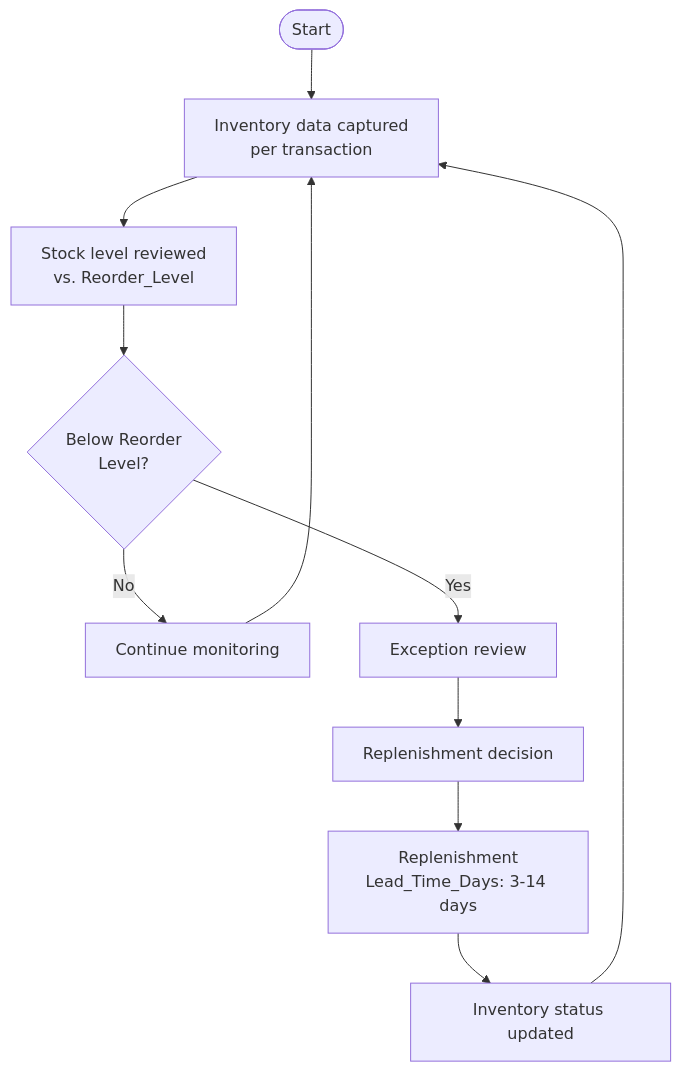
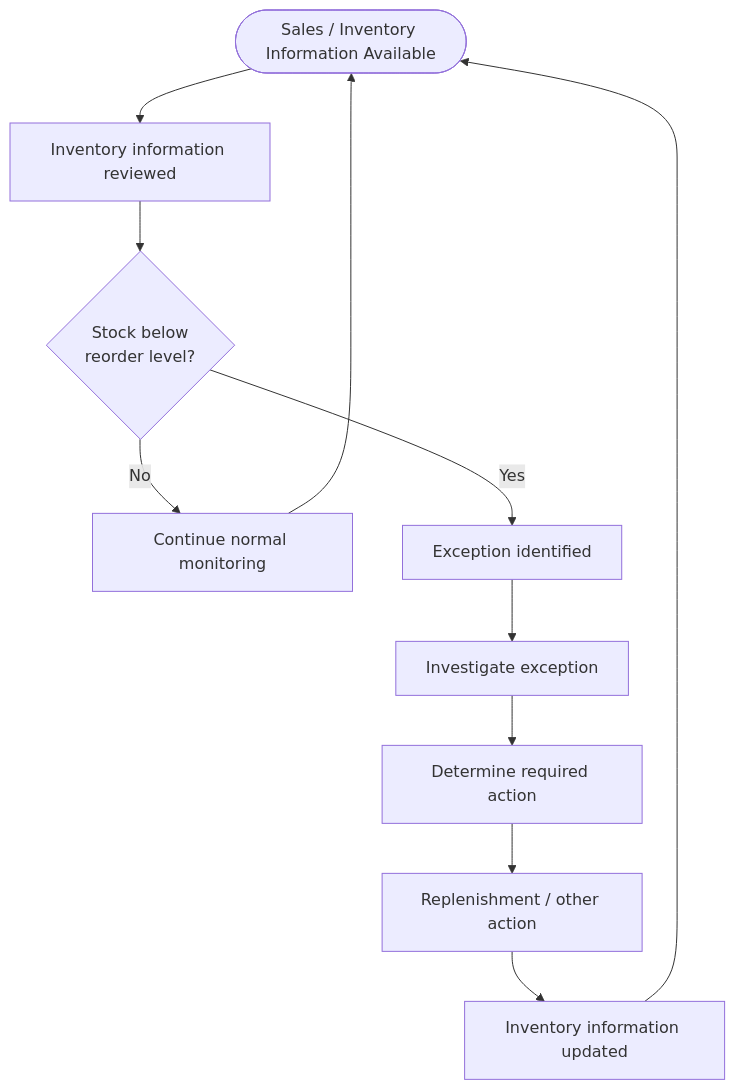
Before and after one commit to kavigamage-da/retail-sales-inventory-business-analysis: the diagram in process-modeling/as-is-process/as-is-process-analysis.md, drawn with Mermaid. The commit also changed other lines of this file, not shown here.

````diff
--- a/process-modeling/as-is-process/as-is-process-analysis.md
+++ b/process-modeling/as-is-process/as-is-process-analysis.md
@@ -47,13 +55,16 @@
 ```mermaid
 flowchart TD
-    Start([Start]) --> A[Inventory data captured<br/>per transaction]
-    A --> B[Stock level reviewed<br/>vs. Reorder_Level]
-    B --> C{Below Reorder<br/>Level?}
-    C -->|No| D[Continue monitoring]
+    A([Sales / Inventory Information Available])
+    A --> B[Inventory information reviewed]
+    B --> C{Stock below<br/>reorder level?}
+
+    C -->|No| D[Continue normal monitoring]
     D --> A
-    C -->|Yes| E[Exception review]
-    E --> F[Replenishment decision]
-    F --> G[Replenishment<br/>Lead_Time_Days: 3-14 days]
-    G --> H[Inventory status updated]
-    H --> A
+
+    C -->|Yes| E[Exception identified]
+    E --> F[Investigate exception]
+    F --> G[Determine required action]
+    G --> H[Replenishment / other action]
+    H --> I[Inventory information updated]
+    I --> A
 ```
````
